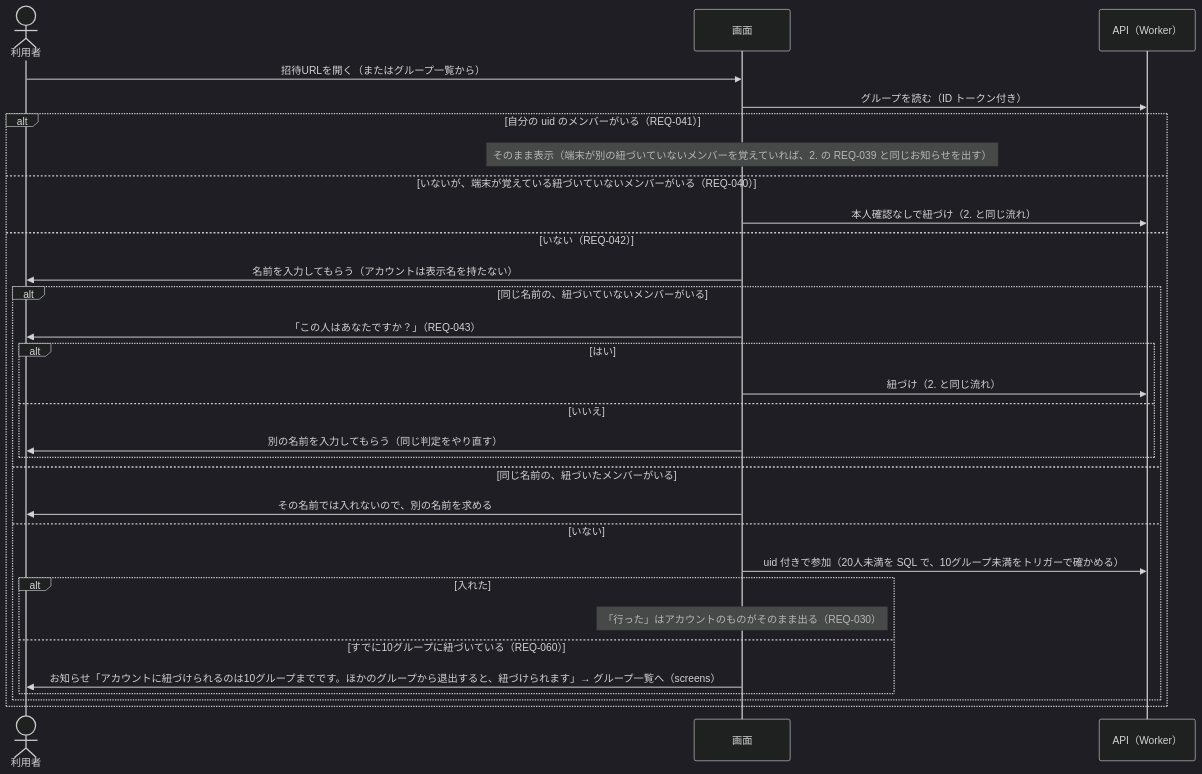
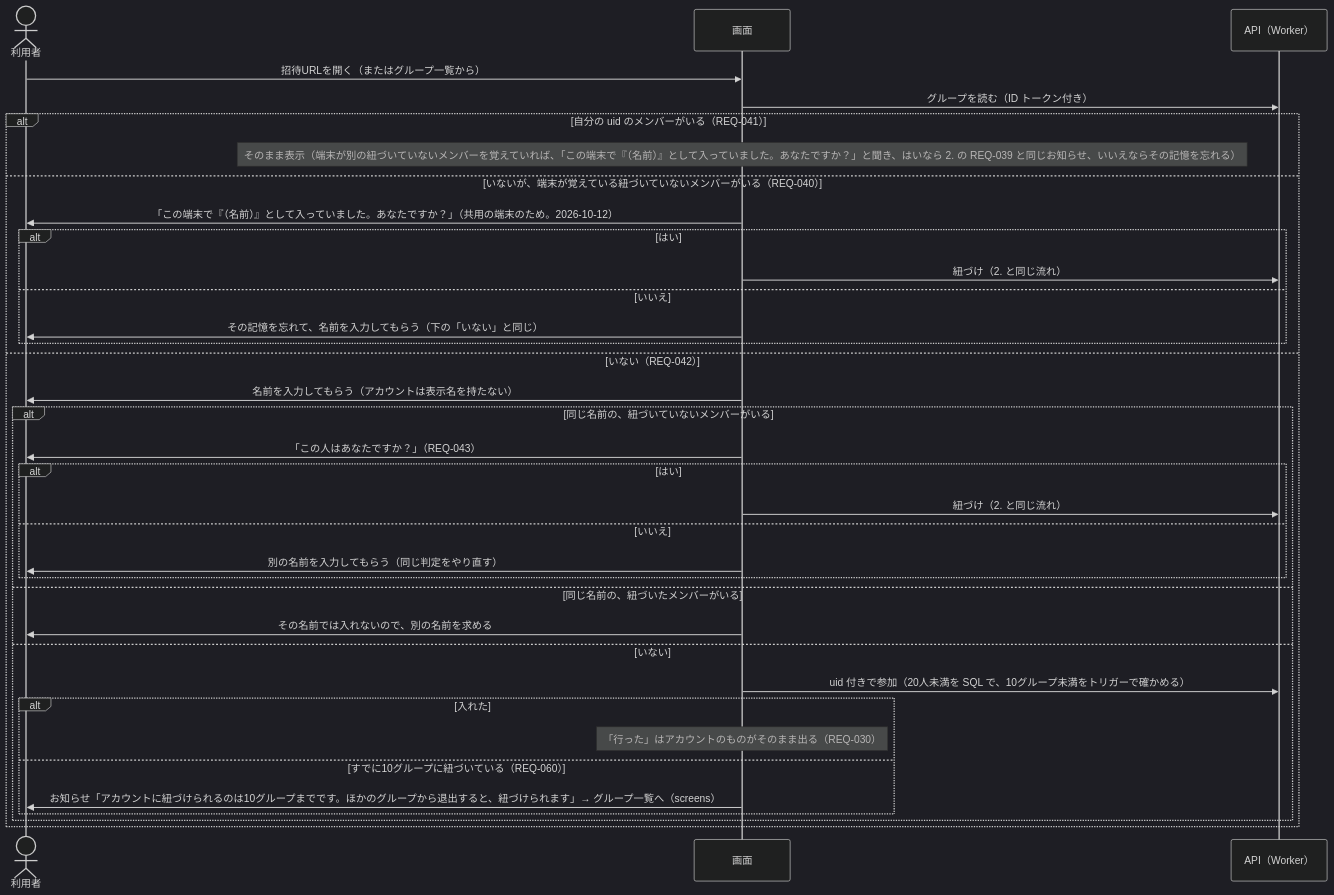
Before and after one commit to yuppy52/tabikaigi-map: the third of 4 diagrams in docs/design/auth-flow.md, drawn with Mermaid (dark theme). The commit also changed other lines of this file and 8 other files, not shown here.

````diff
--- a/docs/design/auth-flow.md
+++ b/docs/design/auth-flow.md
@@ -141,33 +144,38 @@
 ```mermaid
 sequenceDiagram
   actor U as 利用者
   participant App as 画面
   participant API as API（Worker）
 
   U->>App: 招待URLを開く（またはグループ一覧から）
   App->>API: グループを読む（ID トークン付き）
   alt 自分の uid のメンバーがいる（REQ-041）
-    Note over App: そのまま表示（端末が別の紐づいていないメンバーを覚えていれば、2. の REQ-039 と同じお知らせを出す）
+    Note over App: そのまま表示（端末が別の紐づいていないメンバーを覚えていれば、「この端末で『（名前）』として入っていました。あなたですか？」と聞き、はいなら 2. の REQ-039 と同じお知らせ、いいえならその記憶を忘れる）
   else いないが、端末が覚えている紐づいていないメンバーがいる（REQ-040）
-    App->>API: 本人確認なしで紐づけ（2. と同じ流れ）
+    App->>U: 「この端末で『（名前）』として入っていました。あなたですか？」（共用の端末のため。2026-10-12）
+    alt はい
+      App->>API: 紐づけ（2. と同じ流れ）
+    else いいえ
+      App->>U: その記憶を忘れて、名前を入力してもらう（下の「いない」と同じ）
+    end
   else いない（REQ-042）
     App->>U: 名前を入力してもらう（アカウントは表示名を持たない）
     alt 同じ名前の、紐づいていないメンバーがいる
       App->>U: 「この人はあなたですか？」（REQ-043）
       alt はい
         App->>API: 紐づけ（2. と同じ流れ）
       else いいえ
         App->>U: 別の名前を入力してもらう（同じ判定をやり直す）
       end
     else 同じ名前の、紐づいたメンバーがいる
       App->>U: その名前では入れないので、別の名前を求める
     else いない
       App->>API: uid 付きで参加（20人未満を SQL で、10グループ未満をトリガーで確かめる）
       alt 入れた
         Note over App: 「行った」はアカウントのものがそのまま出る（REQ-030）
       else すでに10グループに紐づいている（REQ-060）
         App->>U: お知らせ「アカウントに紐づけられるのは10グループまでです。ほかのグループから退出すると、紐づけられます」→ グループ一覧へ（screens）
       end
     end
   end
 ```
````
